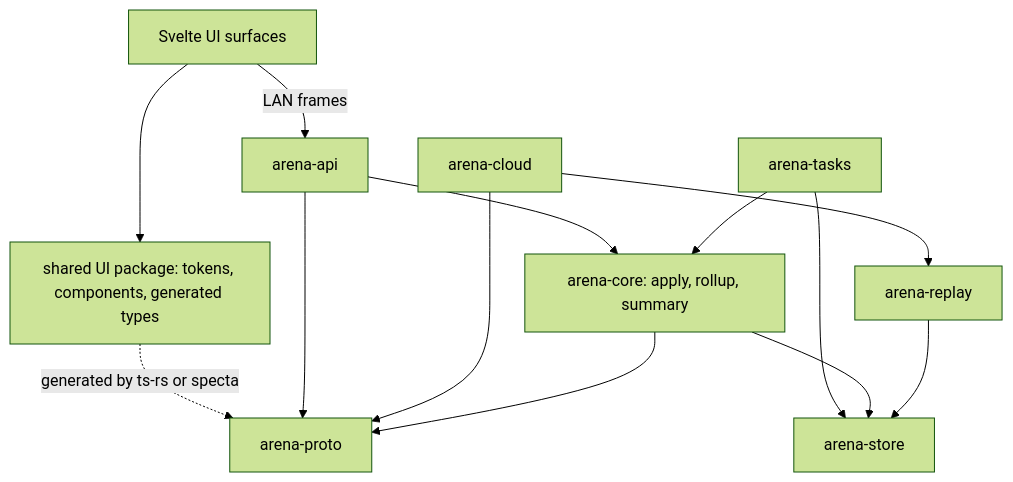
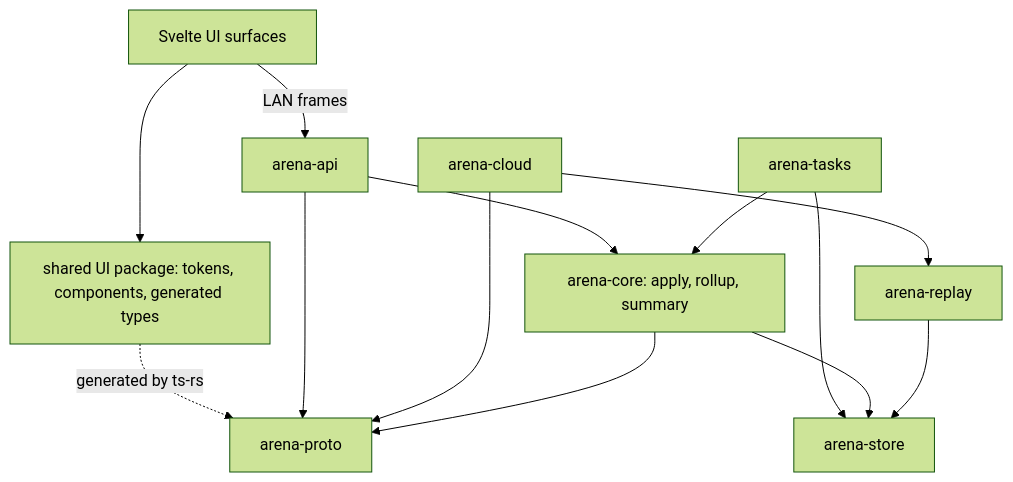
Before and after one commit to harishmahamure/Arena360-Gaming-Cafe-OS-: the first of 7 diagrams in _bmad-output/planning-artifacts/architecture/architecture-arena-360-final-2026-10-23/ARCHITECTURE-SPINE.md, drawn with Mermaid (forest theme). The commit also changed other lines of this file and 58 other files, not shown here.

````diff
--- a/_bmad-output/planning-artifacts/architecture/architecture-arena-360-final-2026-10-23/ARCHITECTURE-SPINE.md
+++ b/_bmad-output/planning-artifacts/architecture/architecture-arena-360-final-2026-10-23/ARCHITECTURE-SPINE.md
@@ -39,15 +39,15 @@
 ```mermaid
 flowchart TD
   UI["Svelte UI surfaces"] --> UIPKG["shared UI package: tokens, components, generated types"]
-  UIPKG -. "generated by ts-rs or specta" .-> PROTO["arena-proto"]
+  UIPKG -. "generated by ts-rs" .-> PROTO["arena-proto"]
   UI -->|"LAN frames"| API["arena-api"]
   API --> CORE["arena-core: apply, rollup, summary"]
   TASKS["arena-tasks"] --> CORE
   TASKS --> STORE["arena-store"]
   CORE --> STORE
   REPLAY["arena-replay"] --> STORE
   CLOUD["arena-cloud"] --> REPLAY
   API --> PROTO
   CLOUD --> PROTO
   CORE --> PROTO
 ```
````
